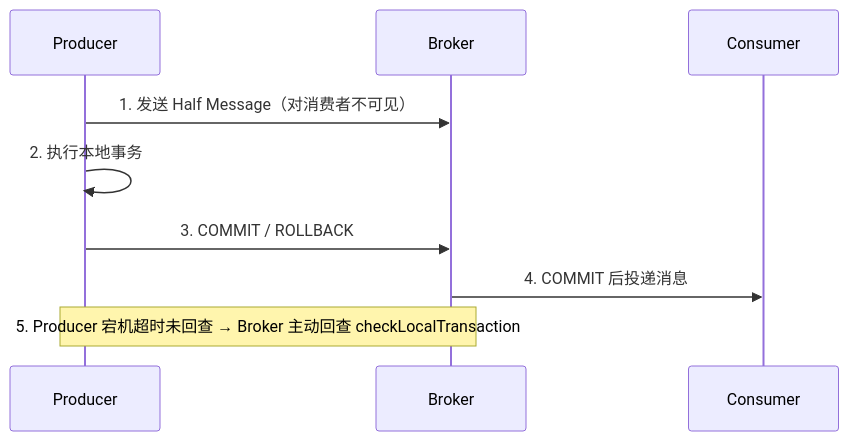
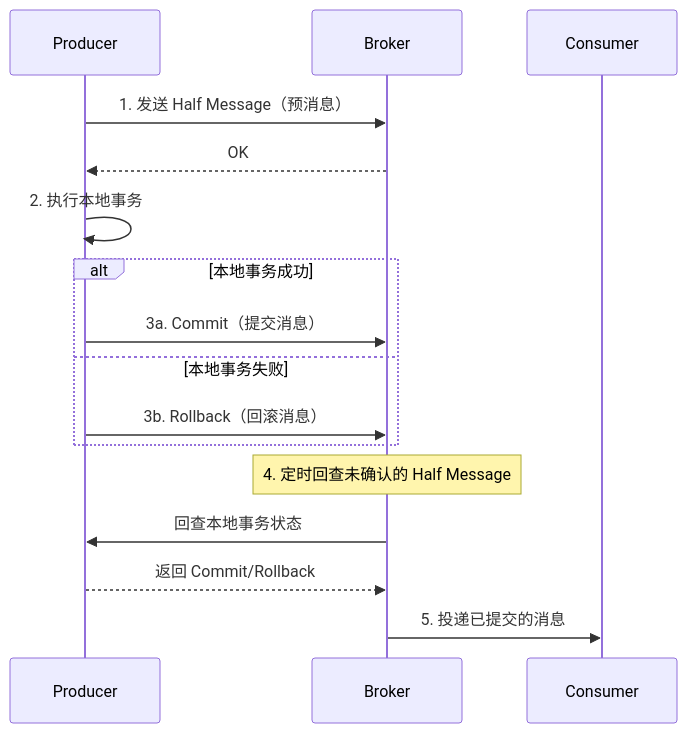
One commit to tghrxxxyyy/knowledge-base changed the second of 4 diagrams in 基础知识/中间件/RocketMQ.md. Above: the diagram before and after it, drawn with Mermaid. The commit also changed other lines of this file and 9 other files, not shown here.

````diff
--- a/基础知识/中间件/RocketMQ.md
+++ b/基础知识/中间件/RocketMQ.md
@@ -76,11 +57,19 @@
 ```mermaid
 sequenceDiagram
     participant P as Producer
     participant B as Broker
     participant C as Consumer
-    P->>B: 1. 发送 Half Message（对消费者不可见）
+
+    P->>B: 1. 发送 Half Message（预消息）
+    B-->>P: OK
     P->>P: 2. 执行本地事务
-    P->>B: 3. COMMIT / ROLLBACK
-    B->>C: 4. COMMIT 后投递消息
-    Note over B,P: 5. Producer 宕机超时未回查 → Broker 主动回查 checkLocalTransaction
+    alt 本地事务成功
+        P->>B: 3a. Commit（提交消息）
+    else 本地事务失败
+        P->>B: 3b. Rollback（回滚消息）
+    end
+    Note over B: 4. 定时回查未确认的 Half Message
+    B->>P: 回查本地事务状态
+    P-->>B: 返回 Commit/Rollback
+    B->>C: 5. 投递已提交的消息
 ```
````
